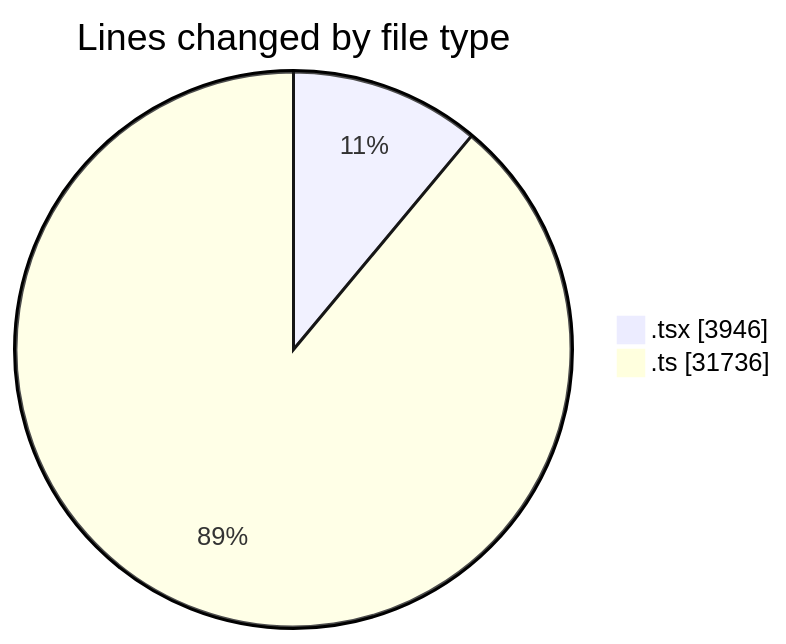
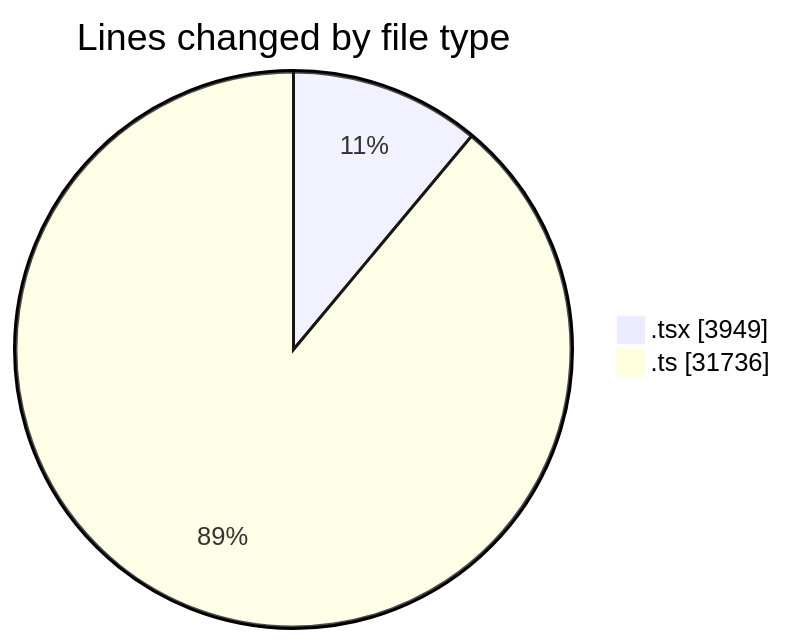
The first of 2 diagrams in 2025-07-07/cda/README.md (momahboobian/code-tracking), drawn with Mermaid before and after one commit. The commit also changed other lines of this file and 1 other file, not shown here.

````diff
--- a/2025-07-07/cda/README.md
+++ b/2025-07-07/cda/README.md
@@ -28,6 +28,6 @@
 ```mermaid
 pie showData
 title Lines changed by file type
-".tsx" : 3946
+".tsx" : 3949
 ".ts" : 31736
 ```
````
